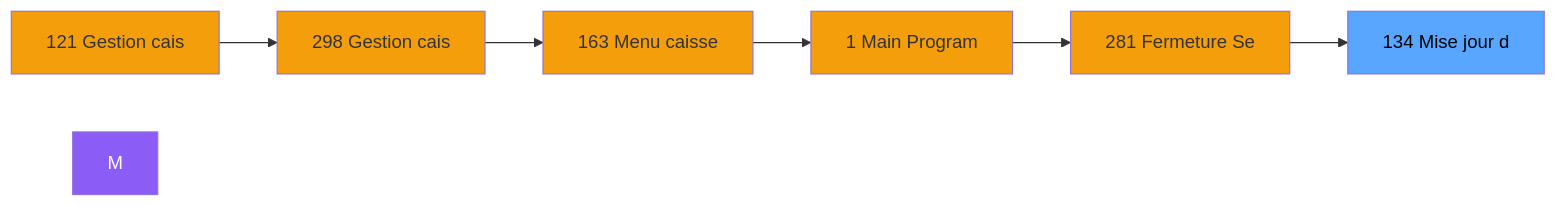
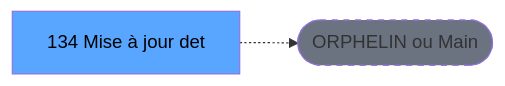
The second of 3 diagrams in .openspec/specs/ADH-IDE-134.md (thonyAGP/lecteur-magic), drawn with Mermaid before and after one commit. The commit also changed other lines of this file and 701 other files, not shown here.

````diff
--- a/.openspec/specs/ADH-IDE-134.md
+++ b/.openspec/specs/ADH-IDE-134.md
@@ -133,21 +126,8 @@
 ```mermaid
 graph LR
-    N121[121 Gestion cais]
-    N298[298 Gestion cais]
-    N163[163 Menu caisse ]
-    N1[1 Main Program]
-    N281[281 Fermeture Se]
-    T[134 Mise  jour d]
-    N121 --> N298
-    N298 --> N163
-    N163 --> N1
-    N1 --> N281
-    N281 --> T
-    style M fill:#8b5cf6,color:#fff
-    style N121 fill:#f59e0b
-    style N298 fill:#f59e0b
-    style N163 fill:#f59e0b
-    style N1 fill:#f59e0b
-    style N281 fill:#f59e0b
+    T[134 Mise à jour det]
+    ORPHAN([ORPHELIN ou Main])
+    T -.-> ORPHAN
     style T fill:#58a6ff,color:#000
+    style ORPHAN fill:#6b7280,stroke-dasharray: 5 5
 ```
````
